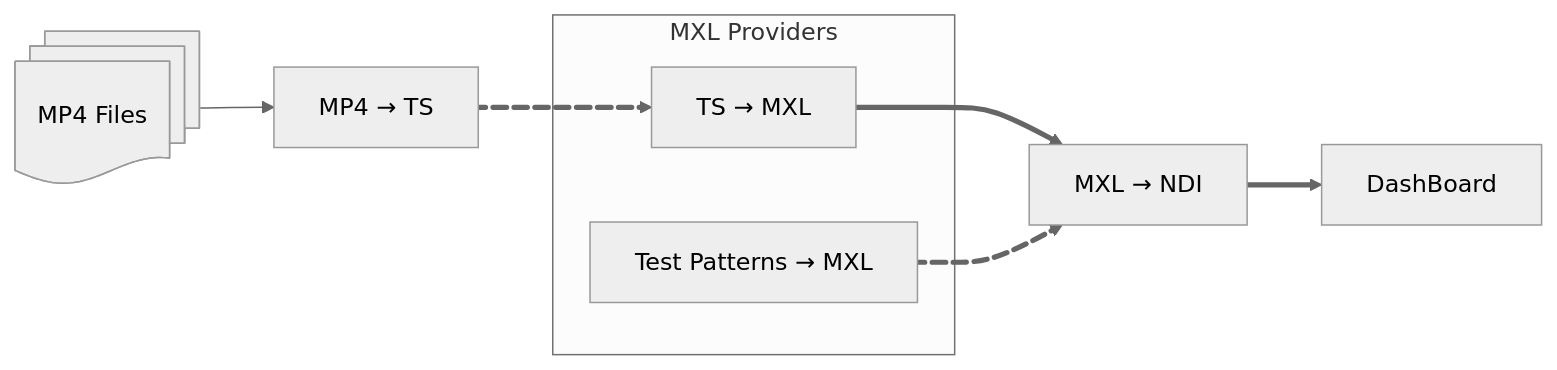
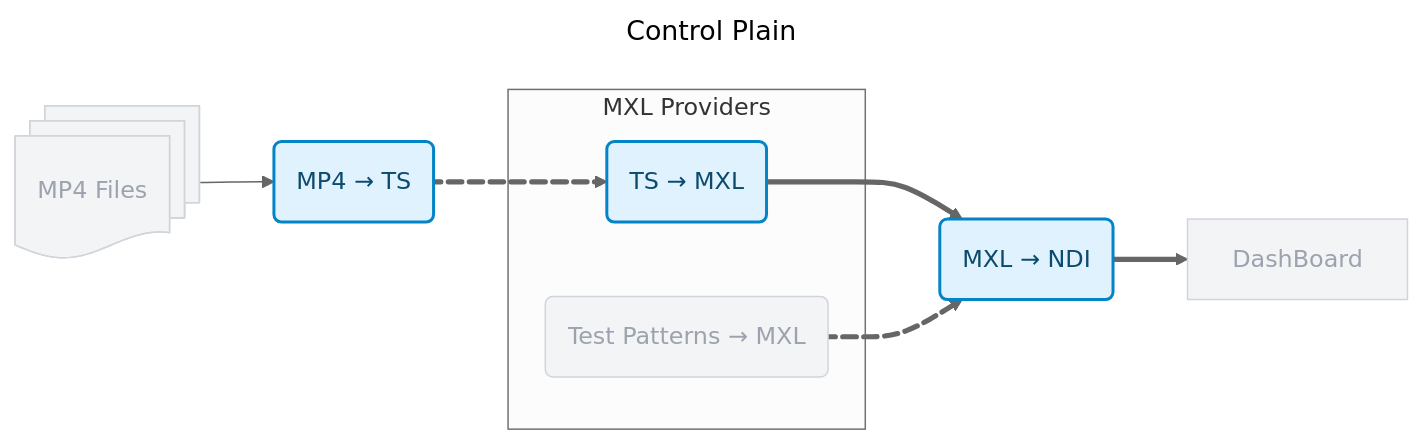
The diagram in UML.md (rossvideo/mxl-catena), drawn with Mermaid (neutral theme) before and after one commit. The commit also changed 4 other files, not shown here.

````diff
--- a/UML.md
+++ b/UML.md
@@ -2,28 +2,38 @@
 ```mermaid
+---
+title: Control Plain
+---
 graph LR
   mp4Files@{ shape: docs, label: "MP4 Files" }
-  mp42ts[<span class="led" id="led-mp42ts" title="MP4→TS status"></span>MP4 → TS]
-  ts2mxl[<span class="led" id="led-ts2mxl" title="TS→MXL status"></span>TS → MXL]
-  pat2mxl[<span class="led" id="led-pat2mxl" title="Test Patterns → MXL status"></span>Test Patterns → MXL]
-  mxl2ndi[<span class="led" id="led-mxl2ndi" title="MXL→NDI status"></span>MXL → NDI]
+  mp42ts(<span class="led" id="led-mp42ts" title="MP4→TS status"></span>MP4 → TS)
+  ts2mxl(<span class="led" id="led-ts2mxl" title="TS→MXL status"></span>TS → MXL)
+  pat2mxl(<span class="led" id="led-pat2mxl" title="Test Patterns → MXL status"></span>Test Patterns → MXL)
+  mxl2ndi(<span class="led" id="led-mxl2ndi" title="MXL→NDI status"></span>MXL → NDI)
 
   mp4Files --> mp42ts
   mp42ts e1@==> ts2mxl
   ts2mxl e2@==> mxl2ndi
   pat2mxl e3@==> mxl2ndi
   mxl2ndi e4@==> dashboard[DashBoard]
 
   click mp42ts "http://localhost:3000" "Open MP4 to TS Stream Page" _blank
   click ts2mxl toggleTs2Mxl "Toggle TS to MXL Stream"
   click mxl2ndi toggleMxl2Ndi "Toggle MXL to NDI Stream"
 
+  %% Button-like styling and click states
+  classDef buttonClickable fill:#e0f2fe,stroke:#0284c7,stroke-width:2px,color:#0c4a6e;
+  classDef buttonDisabled fill:#f3f4f6,stroke:#d1d5db,stroke-width:1px,color:#9ca3af;
+
+  class mp42ts,ts2mxl,mxl2ndi buttonClickable;
+  class mp4Files,dashboard,pat2mxl buttonDisabled;
+
   subgraph MXL Providers
     ts2mxl
     pat2mxl
   end
-  e1@{ animate: true }
+  e1@{ animation: slow }
   e2@{ animate: false }
-  e3@{ animate: true }
+  e3@{ animation: slow }
   e4@{ animate: false }
 
 ```
````
